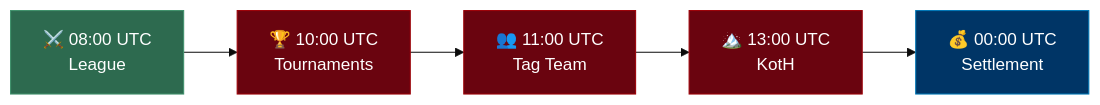
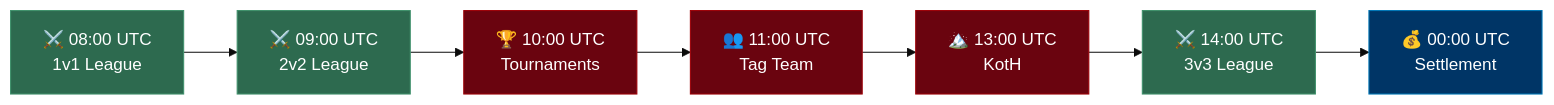
One commit to RobertTeunissen/ArmouredSouls changed the diagram in app/backend/src/content/guide/getting-started/daily-cycle.md. Above: the diagram before and after it, drawn with Mermaid (base theme). The commit also changed other lines of this file and 181 other files, not shown here.

````diff
--- a/app/backend/src/content/guide/getting-started/daily-cycle.md
+++ b/app/backend/src/content/guide/getting-started/daily-cycle.md
@@ -22,12 +23,16 @@
 ```mermaid
 graph LR
-    A["⚔️ 08:00 UTC\nLeague"] --> B["🏆 10:00 UTC\nTournaments"]
-    B --> C["👥 11:00 UTC\nTag Team"]
-    C --> D["🏔️ 13:00 UTC\nKotH"]
-    D --> E["💰 00:00 UTC\nSettlement"]
+    A["⚔️ 08:00 UTC\n1v1 League"] --> B["⚔️ 09:00 UTC\n2v2 League"]
+    B --> C["🏆 10:00 UTC\nTournaments"]
+    C --> D["👥 11:00 UTC\nTag Team"]
+    D --> E["🏔️ 13:00 UTC\nKotH"]
+    E --> F["⚔️ 14:00 UTC\n3v3 League"]
+    F --> G["💰 00:00 UTC\nSettlement"]
     style A fill:#2d6a4f,stroke:#40916c,color:#fff
-    style B fill:#6a040f,stroke:#9d0208,color:#fff
+    style B fill:#2d6a4f,stroke:#40916c,color:#fff
     style C fill:#6a040f,stroke:#9d0208,color:#fff
     style D fill:#6a040f,stroke:#9d0208,color:#fff
-    style E fill:#003566,stroke:#0077b6,color:#fff
+    style E fill:#6a040f,stroke:#9d0208,color:#fff
+    style F fill:#2d6a4f,stroke:#40916c,color:#fff
+    style G fill:#003566,stroke:#0077b6,color:#fff
 ```
````
